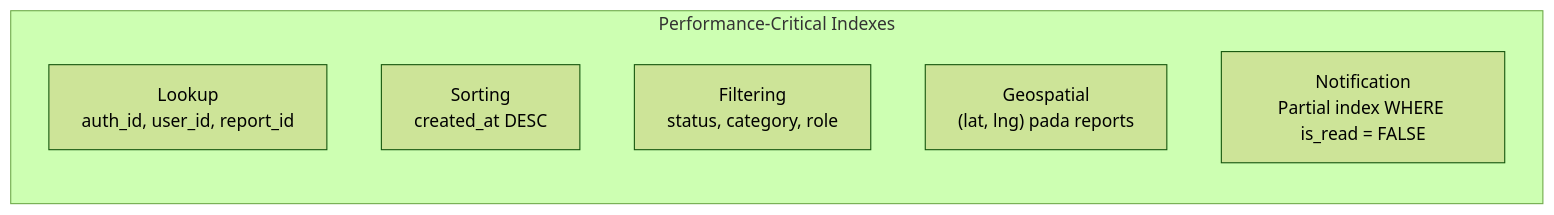
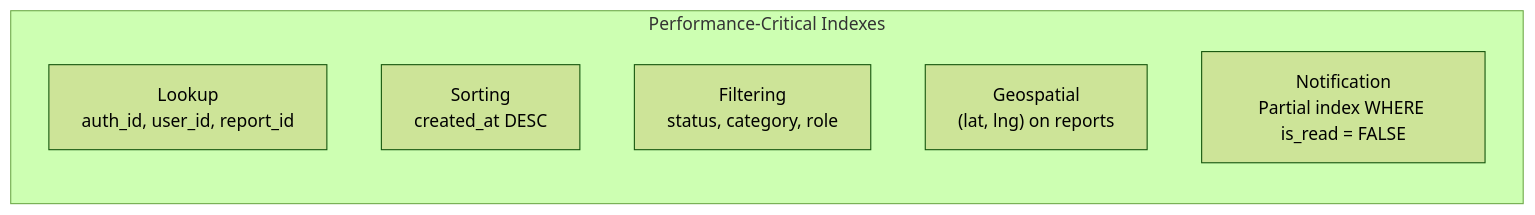
The second of 2 diagrams in docs/DATA_STRUCTURES.md (StackHorizon-ProxoCoris/frontend-mobileapp), drawn with Mermaid (forest theme) before and after one commit. The commit also changed other lines of this file and 6 other files, not shown here.

````diff
--- a/docs/DATA_STRUCTURES.md
+++ b/docs/DATA_STRUCTURES.md
@@ -341,10 +341,10 @@
 ```mermaid
 graph LR
     subgraph Indexes["Performance-Critical Indexes"]
         I1["Lookup<br/>auth_id, user_id, report_id"]
         I2["Sorting<br/>created_at DESC"]
         I3["Filtering<br/>status, category, role"]
-        I4["Geospatial<br/>(lat, lng) pada reports"]
+        I4["Geospatial<br/>(lat, lng) on reports"]
         I5["Notification<br/>Partial index WHERE is_read = FALSE"]
     end
 ```
````
